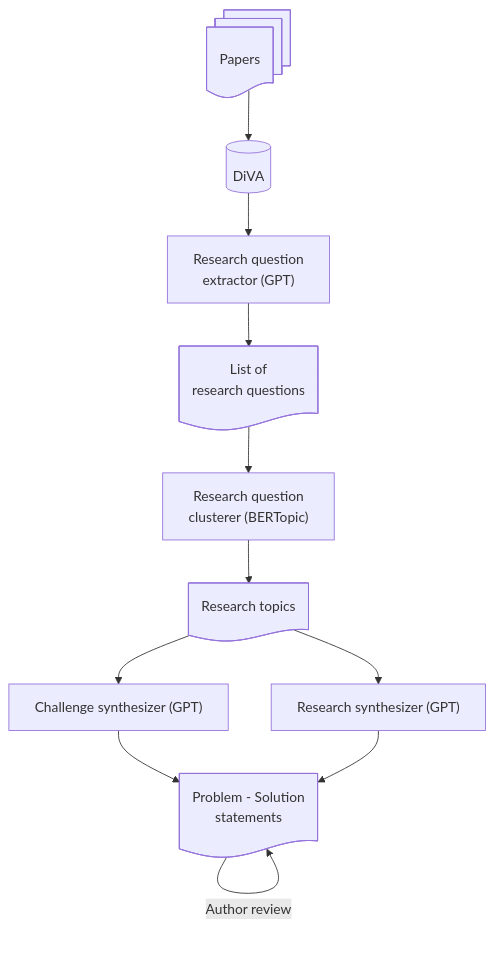
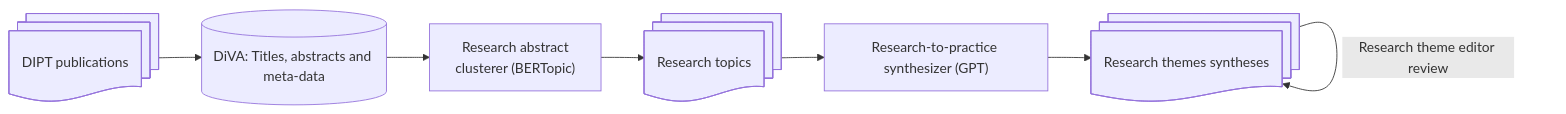
The diagram in README.md (bth-dipt-research/scipop), drawn with Mermaid before and after one commit.

Commit message:
Update README.md
Update flowchart to reflect current process.

````diff
--- a/README.md
+++ b/README.md
@@ -6,20 +6,12 @@
 ```mermaid
-flowchart TD
-    Papers@{ shape: docs}
-    DiVA@{ shape: database}
-    RQE@{ shape: rect, label: "Research question
-    extractor (GPT)"}
-    RQL@{ shape: doc, label: "List of 
-    research questions"}
-    RQC@{ shape: rect, label: "Research question
+flowchart LR
+    Papers@{ shape: docs, label: "DIPT publications"}
+    DiVA@{ shape: database, label: "DiVA: Titles, abstracts and meta-data"}
+    RAC@{ shape: rect, label: "Research abstract
     clusterer (BERTopic)"}
-    RT@{ shape: doc, label: "Research topics"}
-    CHS@{ shape: rect, label: "Challenge synthesizer (GPT)" }
-    PS@{ shape: doc, label: "Problem - Solution
-    statements"}
-    RS@{ shape: rect, label: "Research synthesizer (GPT)"}
-    Papers --> DiVA --> RQE --> RQL --> RQC --> RT --> CHS --> PS
-    RT --> RS
-    RS --> PS
-    PS --Author review--> PS
+    RT@{ shape: docs, label: "Research topics"}
+    RTP@{ shape: rect, label: "Research-to-practice synthesizer (GPT)" }
+    RTS@{ shape: docs, label: "Research themes syntheses" }
+    Papers --> DiVA --> RAC --> RT --> RTP --> RTS
+    RTS --Research theme editor review--> RTS
 ```
````
